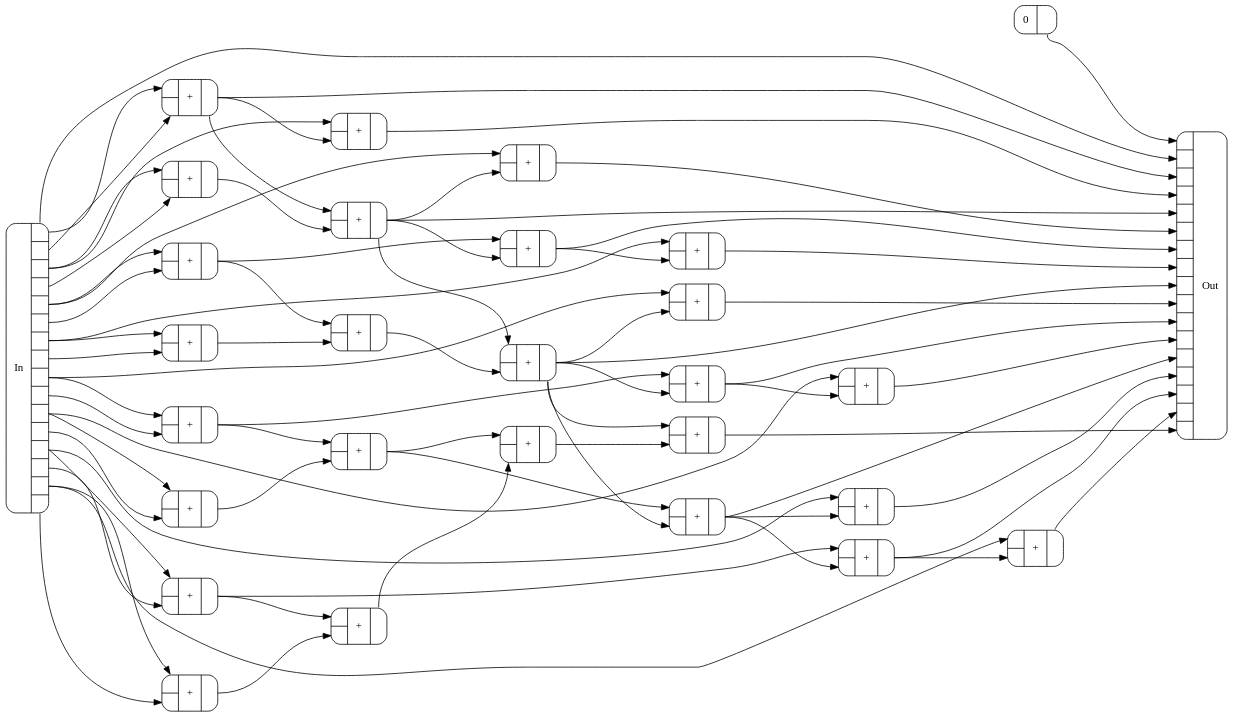
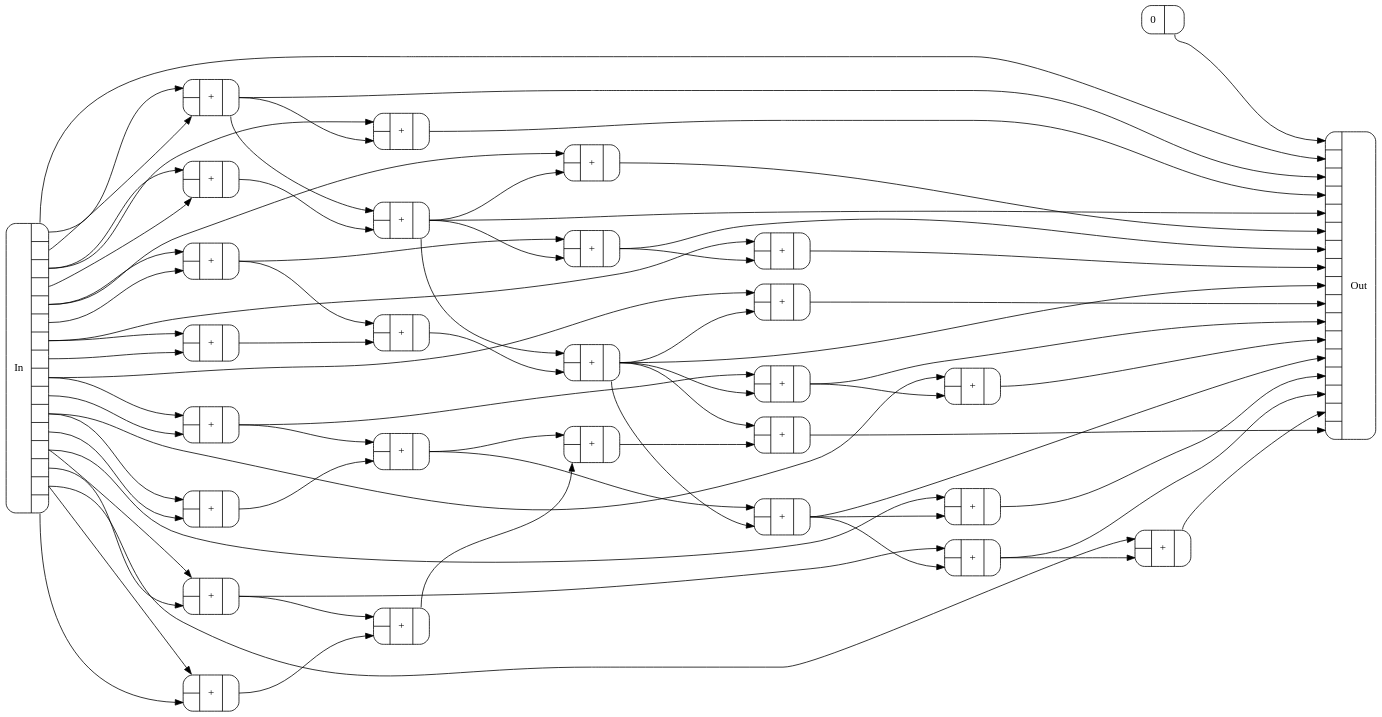
The diagram in Figures/lsums-lt4.dot (conal/talk-2021-can-tensor-programming-be-liberated), drawn with Graphviz before and after one commit. The commit also changed 11 other files, not shown here.

```diff
--- a/Figures/lsums-lt4.dot
+++ b/Figures/lsums-lt4.dot
@@ -1,107 +1,107 @@
 digraph lsums_lt4 {
   rankdir=LR;
   node [shape=Mrecord];
   bgcolor=transparent;
   nslimit=20;
-  ranksep="2.0";
+  ranksep="2.38";
   c0 [label="{{<In0>|<In1>}|+|{<Out0>}}"];
   c1 [label="{{<In0>|<In1>}|+|{<Out0>}}"];
   c2 [label="{{<In0>|<In1>}|+|{<Out0>}}"];
   c3 [label="{{<In0>|<In1>}|+|{<Out0>}}"];
   c4 [label="{{<In0>|<In1>}|+|{<Out0>}}"];
   c5 [label="{{<In0>|<In1>}|+|{<Out0>}}"];
   c6 [label="{{<In0>|<In1>}|+|{<Out0>}}"];
   c7 [label="{{<In0>|<In1>}|+|{<Out0>}}"];
   c8 [label="{{<In0>|<In1>}|+|{<Out0>}}"];
   c9 [label="{{<In0>|<In1>}|+|{<Out0>}}"];
   c10 [label="{{<In0>|<In1>}|+|{<Out0>}}"];
   c11 [label="{{<In0>|<In1>}|+|{<Out0>}}"];
   c12 [label="{{<In0>|<In1>}|+|{<Out0>}}"];
   c13 [label="{{<In0>|<In1>}|+|{<Out0>}}"];
   c14 [label="{{<In0>|<In1>}|+|{<Out0>}}"];
   c15 [label="{{<In0>|<In1>}|+|{<Out0>}}"];
   c16 [label="{{<In0>|<In1>}|+|{<Out0>}}"];
   c17 [label="{{<In0>|<In1>}|+|{<Out0>}}"];
   c18 [label="{{<In0>|<In1>}|+|{<Out0>}}"];
   c19 [label="{{<In0>|<In1>}|+|{<Out0>}}"];
   c20 [label="{{<In0>|<In1>}|+|{<Out0>}}"];
   c21 [label="{{<In0>|<In1>}|+|{<Out0>}}"];
   c22 [label="{{<In0>|<In1>}|+|{<Out0>}}"];
   c23 [label="{{<In0>|<In1>}|+|{<Out0>}}"];
   c24 [label="{{<In0>|<In1>}|+|{<Out0>}}"];
   c25 [label="{{<In0>|<In1>}|+|{<Out0>}}"];
   c26 [label="{0|{<Out0>}}"];
   c27 [label="{In|{<Out0>|<Out1>|<Out2>|<Out3>|<Out4>|<Out5>|<Out6>|<Out7>|<Out8>|<Out9>|<Out10>|<Out11>|<Out12>|<Out13>|<Out14>|<Out15>}}"];
   c28 [label="{{<In0>|<In1>|<In2>|<In3>|<In4>|<In5>|<In6>|<In7>|<In8>|<In9>|<In10>|<In11>|<In12>|<In13>|<In14>|<In15>|<In16>}|Out}"];
   c27:Out0 -> c0:In0;
   c27:Out1 -> c0:In1;
   c27:Out2 -> c1:In0;
   c27:Out3 -> c1:In1;
   c27:Out2 -> c2:In0;
   c0:Out0 -> c2:In1;
   c27:Out4 -> c3:In0;
   c27:Out5 -> c3:In1;
   c27:Out4 -> c4:In0;
   c15:Out0 -> c4:In1;
   c27:Out6 -> c5:In0;
   c27:Out7 -> c5:In1;
   c27:Out6 -> c6:In0;
   c17:Out0 -> c6:In1;
   c27:Out8 -> c7:In0;
   c27:Out9 -> c7:In1;
   c27:Out8 -> c8:In0;
   c22:Out0 -> c8:In1;
   c27:Out10 -> c9:In0;
   c27:Out11 -> c9:In1;
   c27:Out10 -> c10:In0;
   c19:Out0 -> c10:In1;
   c27:Out12 -> c11:In0;
   c27:Out13 -> c11:In1;
   c27:Out12 -> c12:In0;
   c24:Out0 -> c12:In1;
   c27:Out14 -> c13:In0;
   c27:Out15 -> c13:In1;
   c27:Out14 -> c14:In0;
   c21:Out0 -> c14:In1;
   c0:Out0 -> c15:In0;
   c1:Out0 -> c15:In1;
   c3:Out0 -> c16:In0;
   c5:Out0 -> c16:In1;
   c3:Out0 -> c17:In0;
   c15:Out0 -> c17:In1;
   c7:Out0 -> c18:In0;
   c9:Out0 -> c18:In1;
   c7:Out0 -> c19:In0;
   c22:Out0 -> c19:In1;
   c11:Out0 -> c20:In0;
   c13:Out0 -> c20:In1;
   c11:Out0 -> c21:In0;
   c24:Out0 -> c21:In1;
   c15:Out0 -> c22:In0;
   c16:Out0 -> c22:In1;
   c18:Out0 -> c23:In0;
   c20:Out0 -> c23:In1;
   c18:Out0 -> c24:In0;
   c22:Out0 -> c24:In1;
   c22:Out0 -> c25:In0;
   c23:Out0 -> c25:In1;
   c26:Out0 -> c28:In0;
   c27:Out0 -> c28:In1;
   c0:Out0 -> c28:In2;
   c2:Out0 -> c28:In3;
   c15:Out0 -> c28:In4;
   c4:Out0 -> c28:In5;
   c17:Out0 -> c28:In6;
   c6:Out0 -> c28:In7;
   c22:Out0 -> c28:In8;
   c8:Out0 -> c28:In9;
   c19:Out0 -> c28:In10;
   c10:Out0 -> c28:In11;
   c24:Out0 -> c28:In12;
   c12:Out0 -> c28:In13;
   c21:Out0 -> c28:In14;
   c14:Out0 -> c28:In15;
   c25:Out0 -> c28:In16;
 }
 
 // lsums-lt4 components: 26 +, 1 0, 27 total. Max depth: 6.
```
